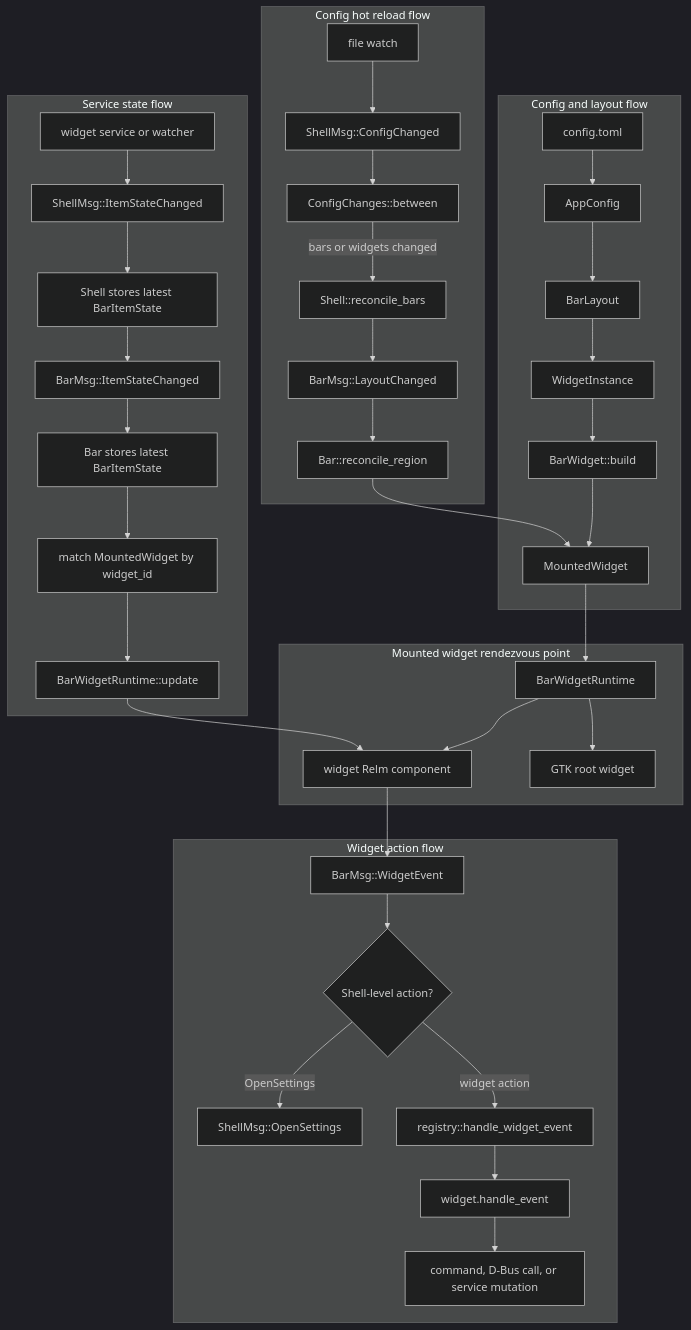
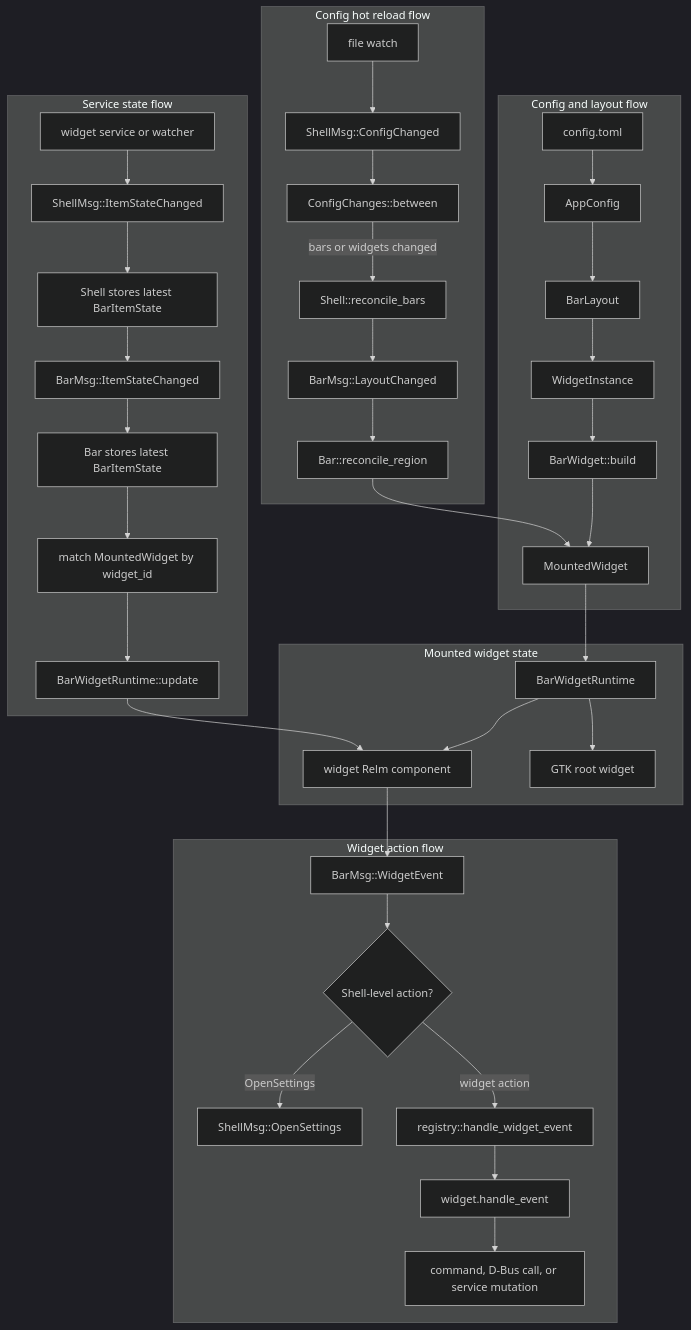
Before and after one commit to samling/wayward-rs: the third of 3 diagrams in docs/bar-widget-lifecycle.md, drawn with Mermaid (dark theme).

Commit message:
chore: verbiage

````diff
--- a/docs/bar-widget-lifecycle.md
+++ b/docs/bar-widget-lifecycle.md
@@ -112,44 +112,44 @@
 ```mermaid
 flowchart TD
     subgraph ConfigFlow["Config and layout flow"]
         config_file["config.toml"] --> app_config["AppConfig"]
         app_config --> bar_layout["BarLayout"]
         bar_layout --> widget_instance["WidgetInstance"]
         widget_instance --> widget_build["BarWidget::build"]
         widget_build --> mounted_widget["MountedWidget"]
     end
 
-    subgraph Mounted["Mounted widget rendezvous point"]
+    subgraph Mounted["Mounted widget state"]
         mounted_widget --> runtime["BarWidgetRuntime"]
         runtime --> relm_component["widget Relm component"]
         runtime --> gtk_root["GTK root widget"]
     end
 
     subgraph StateFlow["Service state flow"]
         service_watch["widget service or watcher"] --> shell_state["ShellMsg::ItemStateChanged"]
         shell_state --> shell_store["Shell stores latest BarItemState"]
         shell_store --> bar_state["BarMsg::ItemStateChanged"]
         bar_state --> bar_store["Bar stores latest BarItemState"]
         bar_store --> match_widget["match MountedWidget by widget_id"]
         match_widget --> runtime_update["BarWidgetRuntime::update"]
         runtime_update --> relm_component
     end
 
     subgraph ActionFlow["Widget action flow"]
         relm_component --> widget_event["BarMsg::WidgetEvent"]
         widget_event --> shell_action{"Shell-level action?"}
         shell_action -->|OpenSettings| shell_output["ShellMsg::OpenSettings"]
         shell_action -->|widget action| registry_dispatch["registry::handle_widget_event"]
         registry_dispatch --> widget_service["widget.handle_event"]
         widget_service --> command_or_service["command, D-Bus call, or service mutation"]
     end
 
     subgraph HotReloadFlow["Config hot reload flow"]
         file_watch["file watch"] --> config_changed["ShellMsg::ConfigChanged"]
         config_changed --> diff["ConfigChanges::between"]
         diff -->|bars or widgets changed| reconcile["Shell::reconcile_bars"]
         reconcile --> layout_changed["BarMsg::LayoutChanged"]
         layout_changed --> preserve_or_replace["Bar::reconcile_region"]
         preserve_or_replace --> mounted_widget
     end
 ```
````
